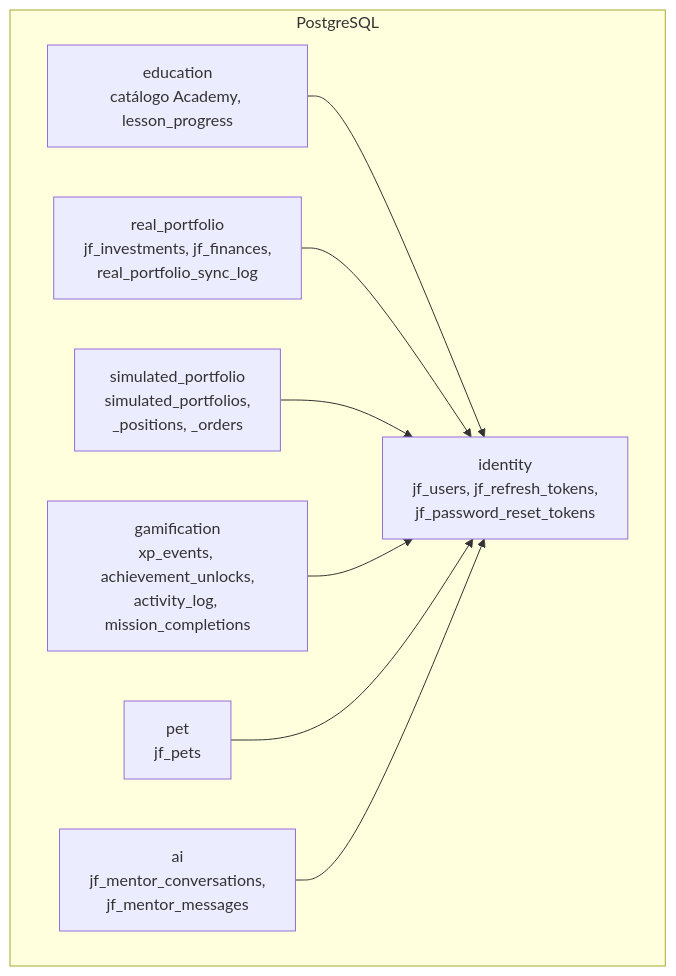
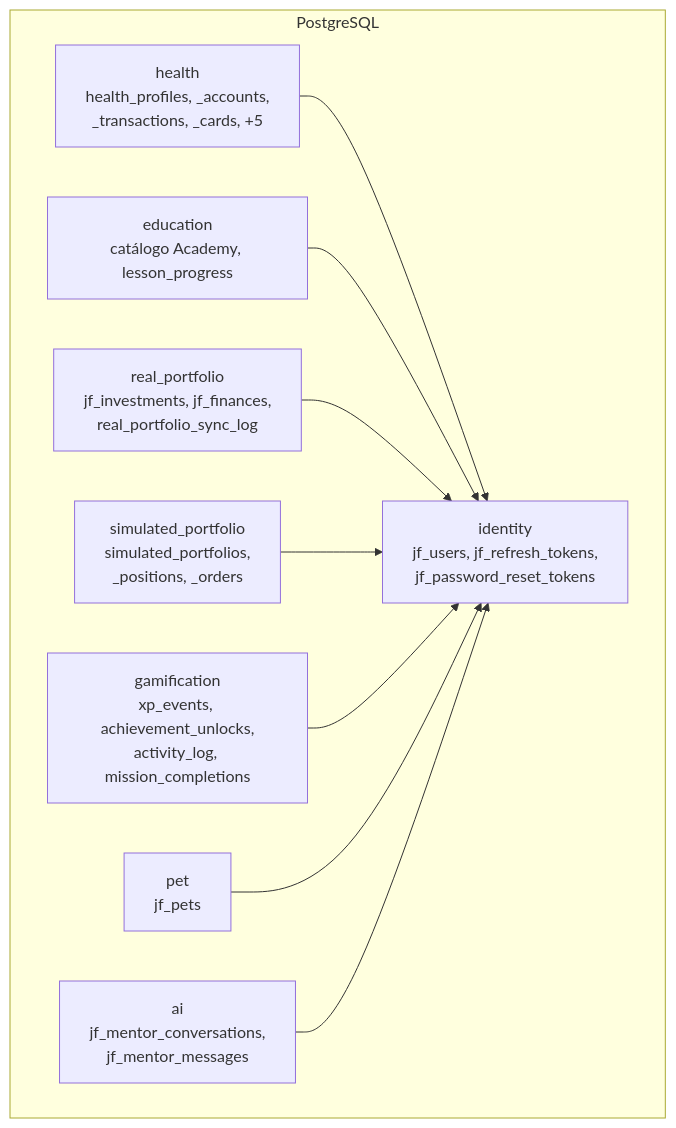
One commit to AfonsoFernando051/Petrimonium-Backend changed the third of 3 diagrams in docs/ARCHITECTURE/00-visao-geral.md. Above: the diagram before and after it, drawn with Mermaid. The commit also changed other lines of this file and 4 other files, not shown here.

````diff
--- a/docs/ARCHITECTURE/00-visao-geral.md
+++ b/docs/ARCHITECTURE/00-visao-geral.md
@@ -159,18 +206,20 @@
 ```mermaid
 graph TB
     subgraph PostgreSQL
         ID["identity<br/>jf_users, jf_refresh_tokens,<br/>jf_password_reset_tokens"]
         ED["education<br/>catálogo Academy, lesson_progress"]
         RP["real_portfolio<br/>jf_investments, jf_finances,<br/>real_portfolio_sync_log"]
         SP["simulated_portfolio<br/>simulated_portfolios,<br/>_positions, _orders"]
         GA["gamification<br/>xp_events, achievement_unlocks,<br/>activity_log, mission_completions"]
         PE["pet<br/>jf_pets"]
         AI["ai<br/>jf_mentor_conversations,<br/>jf_mentor_messages"]
+        HE["health<br/>health_profiles, _accounts,<br/>_transactions, _cards, +5"]
     end
+    HE --> ID
     ED --> ID
     RP --> ID
     SP --> ID
     GA --> ID
     PE --> ID
     AI --> ID
 ```
````
